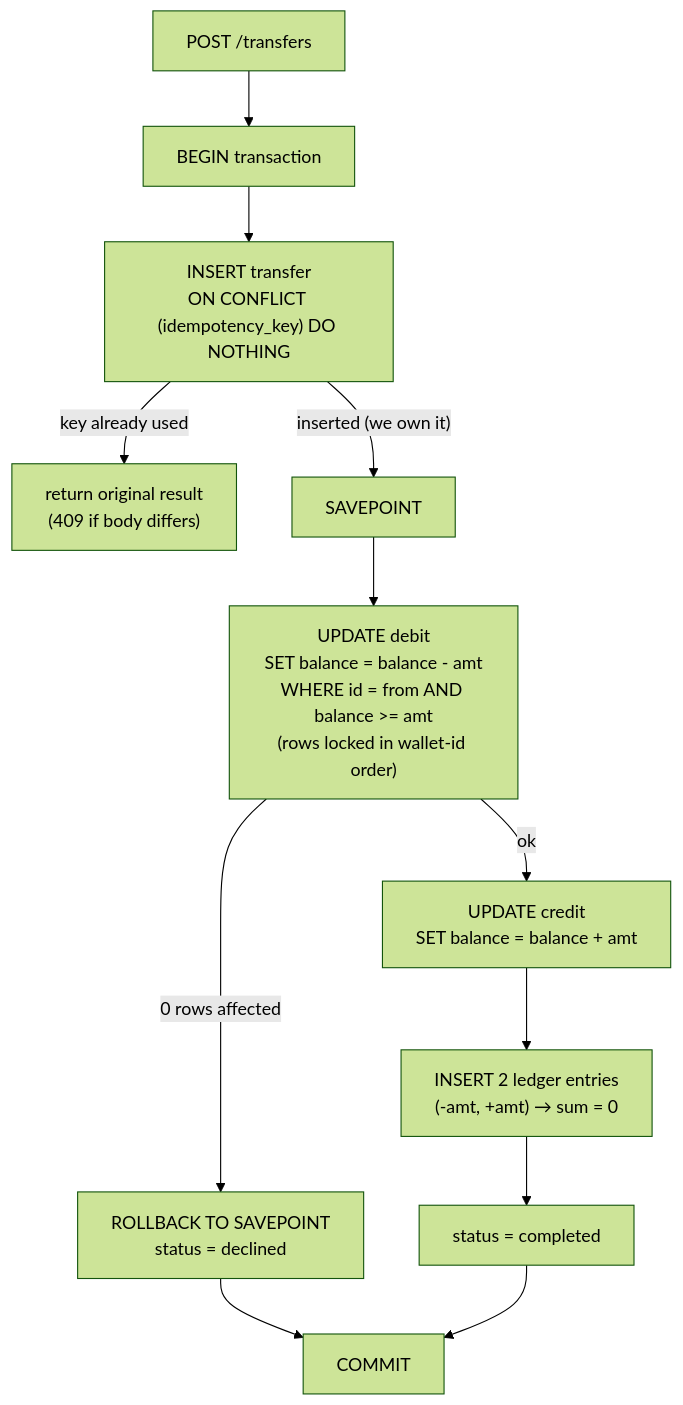
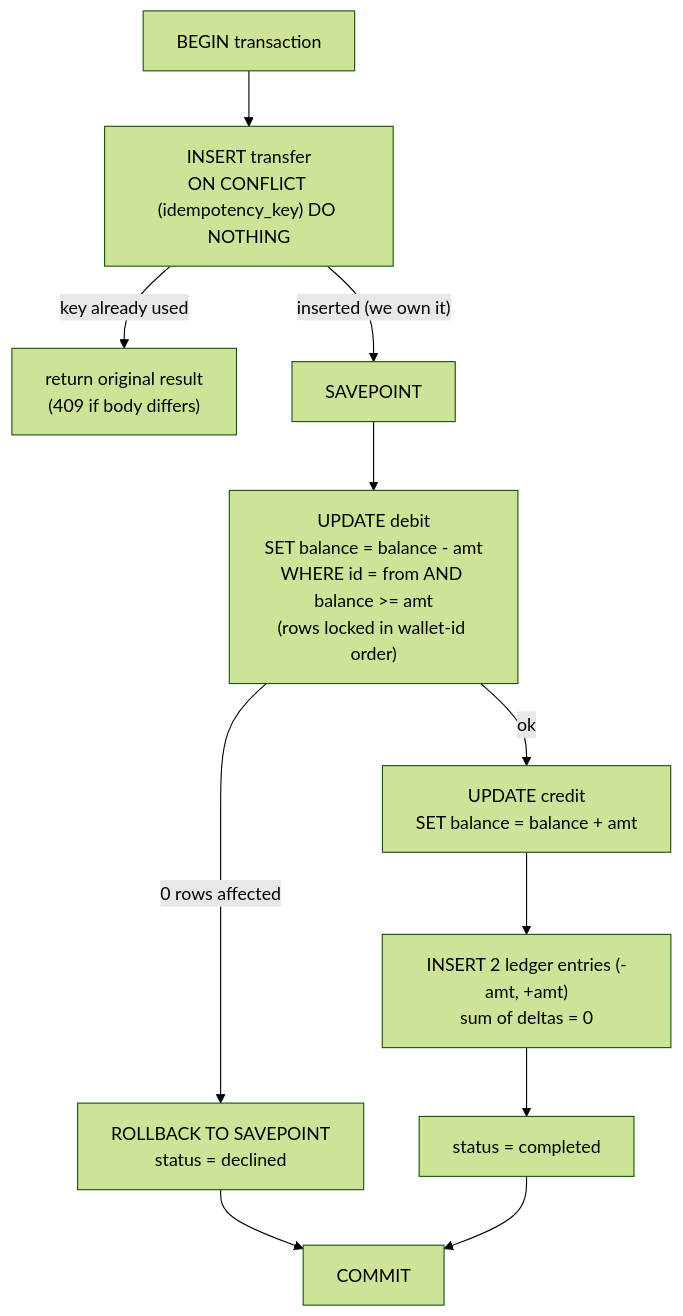
The fourth of 4 diagrams in docs/ARCHITECTURE.md (sovanmondal/ledger-wallet), drawn with Mermaid (forest theme) before and after one commit. The commit also changed other lines of this file, not shown here.

Commit message:
docs: industry-level architecture (layered view, deployment topology, request lifecycle)

````diff
--- a/docs/ARCHITECTURE.md
+++ b/docs/ARCHITECTURE.md
@@ -18,14 +63,13 @@
 ```mermaid
 flowchart TD
-  S["POST /transfers"] --> BEGIN["BEGIN transaction"]
-  BEGIN --> INS["INSERT transfer<br/>ON CONFLICT (idempotency_key) DO NOTHING"]
+  BEGIN["BEGIN transaction"] --> INS["INSERT transfer<br/>ON CONFLICT (idempotency_key) DO NOTHING"]
   INS -->|"key already used"| REPLAY["return original result<br/>(409 if body differs)"]
   INS -->|"inserted (we own it)"| SP["SAVEPOINT"]
   SP --> DEBIT["UPDATE debit<br/>SET balance = balance - amt<br/>WHERE id = from AND balance >= amt<br/>(rows locked in wallet-id order)"]
   DEBIT -->|"0 rows affected"| DECL["ROLLBACK TO SAVEPOINT<br/>status = declined"]
   DEBIT -->|"ok"| CREDIT["UPDATE credit<br/>SET balance = balance + amt"]
-  CREDIT --> LEDGER["INSERT 2 ledger entries<br/>(-amt, +amt) → sum = 0"]
+  CREDIT --> LEDGER["INSERT 2 ledger entries (-amt, +amt)<br/>sum of deltas = 0"]
   LEDGER --> DONE["status = completed"]
   DECL --> COMMIT["COMMIT"]
   DONE --> COMMIT["COMMIT"]
 ```
````
